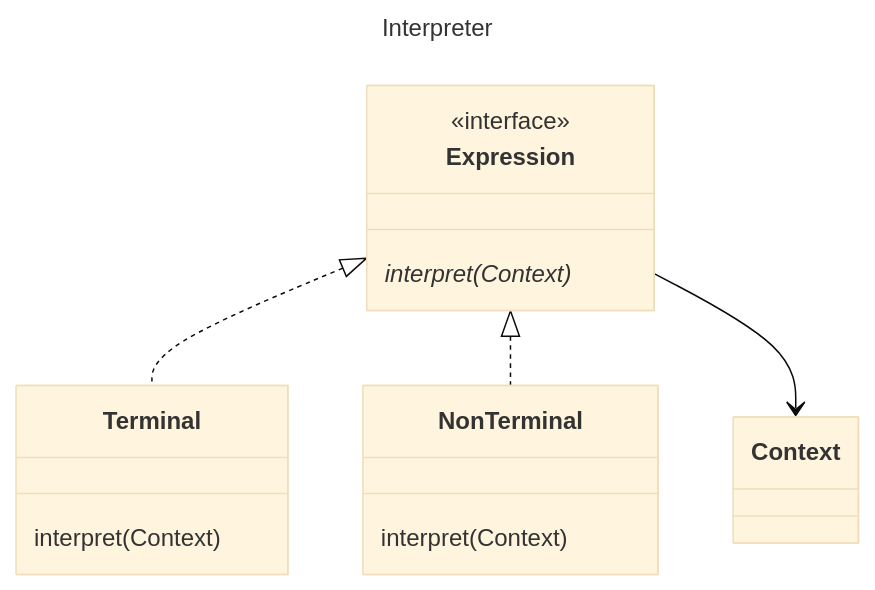
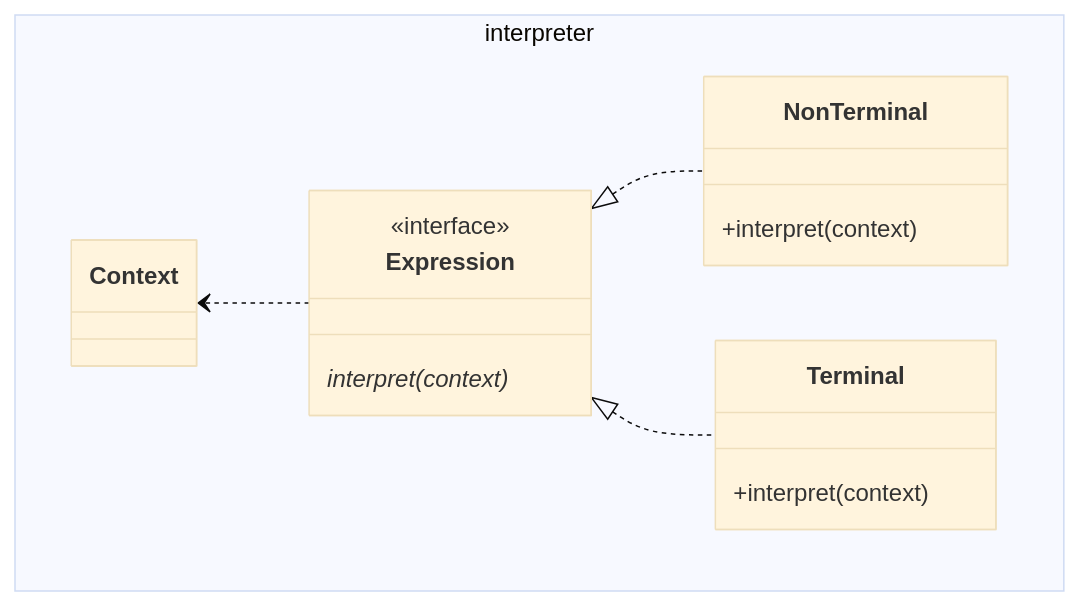
One commit to mtrigueira/JGoF changed the diagram in src/main/java/org/example/gof/behaviour/interpreter/Interpreter.md. Above: the diagram before and after it, drawn with Mermaid (base theme). The commit also changed other lines of this file and 3 other files, not shown here.

Commit message:
Edit Interpreter.md add related patterns. Rewrite example to be simpler, and show non-terminal.

````diff
--- a/src/main/java/org/example/gof/behaviour/interpreter/Interpreter.md
+++ b/src/main/java/org/example/gof/behaviour/interpreter/Interpreter.md
@@ -1,22 +3,21 @@
 ```mermaid
----
-title: Interpreter
----
 classDiagram
-    class Expression {
-        <<interface>>
-        interpret(Context)*
+    namespace interpreter {
+        class Context {
+        }
+        class Expression {
+            <<interface>>
+            interpret(context)*
+        }
+        class NonTerminal {
+            +interpret(context)
+        }
+        class Terminal {
+            +interpret(context)
+        }
     }
-    class Terminal {
-        interpret(Context)
-    }
-    class NonTerminal {
-        interpret(Context)
-    }
-    class Context {
-    }
+    Context <.. Expression
+    Expression <|.. NonTerminal
+    Expression <|.. Terminal
 
-    Expression <|.. Terminal
-    Expression <|.. NonTerminal
-    Expression --> Context
 ```
````
